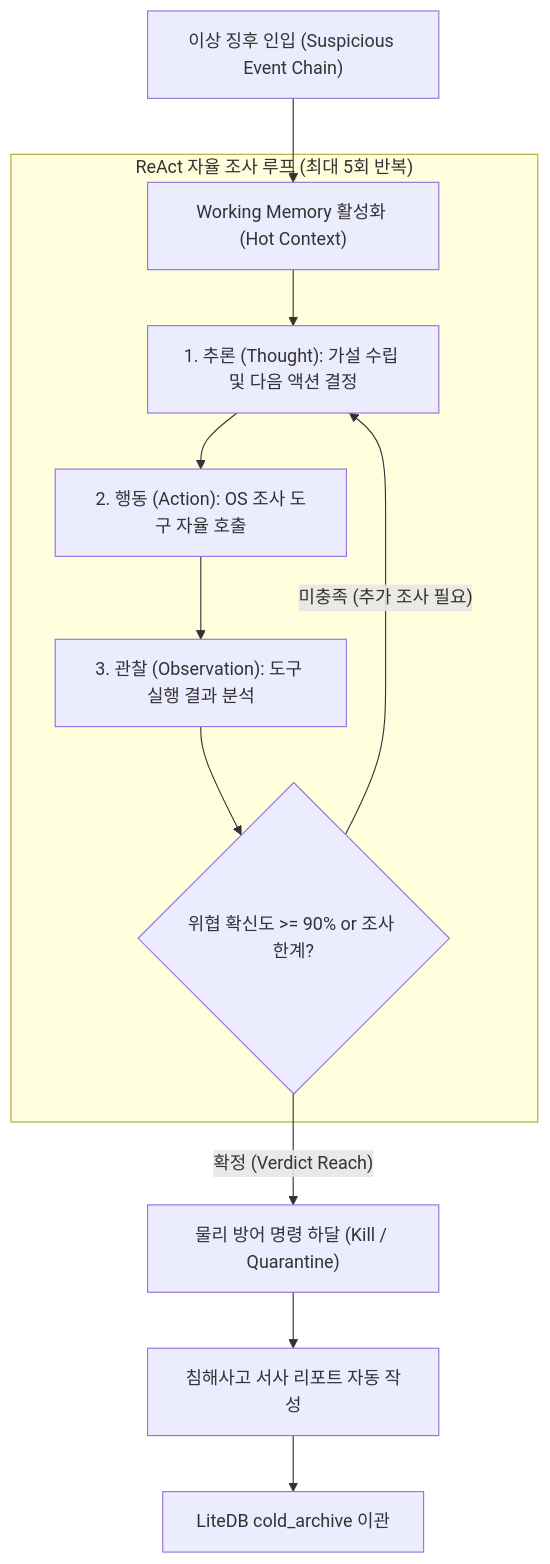
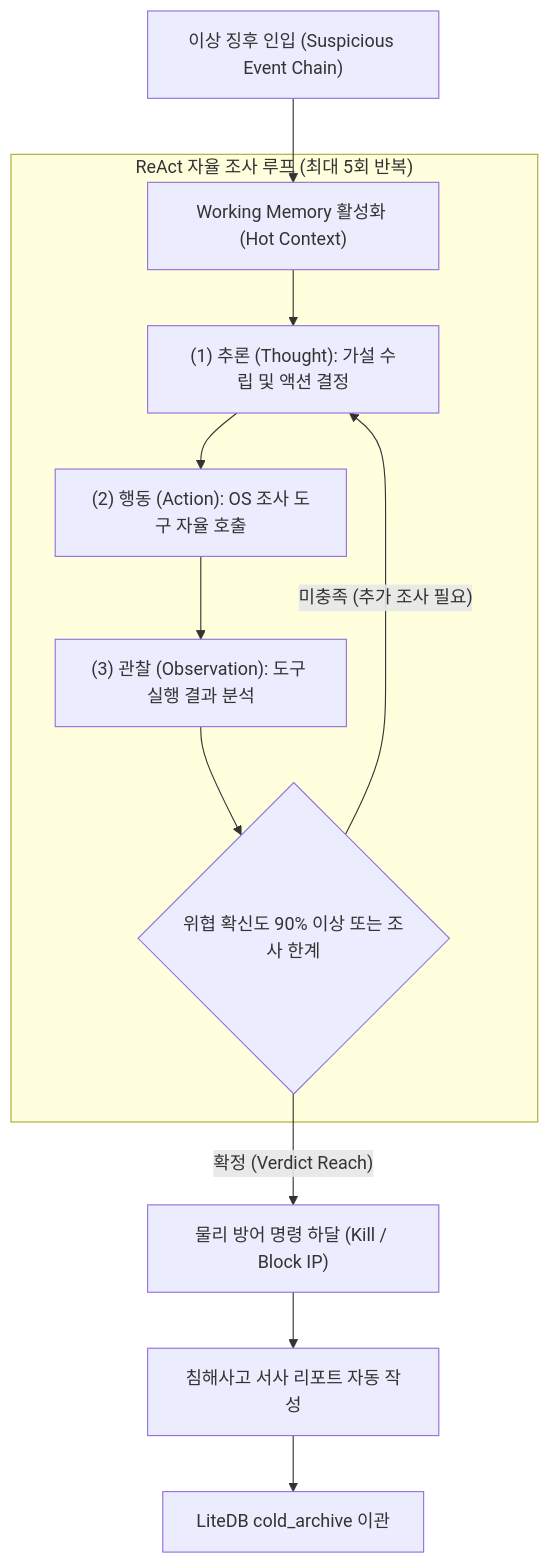
The first of 2 diagrams in Phalanx/docs/02_ai_agent_investigation_design.md (jin20203458/Obsidian.Agent), drawn with Mermaid before and after one commit. The commit also changed other lines of this file and 3 other files, not shown here.

````diff
--- a/Phalanx/docs/02_ai_agent_investigation_design.md
+++ b/Phalanx/docs/02_ai_agent_investigation_design.md
@@ -19,16 +19,16 @@
 ```mermaid
 flowchart TD
     Trigger["이상 징후 인입 (Suspicious Event Chain)"] --> Ingest["Working Memory 활성화 (Hot Context)"]
     
     subgraph REACT_LOOP ["ReAct 자율 조사 루프 (최대 5회 반복)"]
-        Ingest --> Thought["1. 추론 (Thought): 가설 수립 및 다음 액션 결정"]
-        Thought --> ToolAction["2. 행동 (Action): OS 조사 도구 자율 호출"]
-        ToolAction --> Observation["3. 관찰 (Observation): 도구 실행 결과 분석"]
-        Observation --> Decision{"위협 확신도 >= 90% or 조사 한계?"}
-        Decision -- "미충족 (추가 조사 필요)" --> Thought
+        Ingest --> Thought["(1) 추론 (Thought): 가설 수립 및 액션 결정"]
+        Thought --> ToolAction["(2) 행동 (Action): OS 조사 도구 자율 호출"]
+        ToolAction --> Observation["(3) 관찰 (Observation): 도구 실행 결과 분석"]
+        Observation --> Decision{"위협 확신도 90% 이상 또는 조사 한계"}
+        Decision -->|"미충족 (추가 조사 필요)"| Thought
     end
 
-    Decision -- "확정 (Verdict Reach)" --> Mitigation["물리 방어 명령 하달 (Kill / Quarantine)"]
+    Decision -->|"확정 (Verdict Reach)"| Mitigation["물리 방어 명령 하달 (Kill / Block IP)"]
     Mitigation --> Narrative["침해사고 서사 리포트 자동 작성"]
     Narrative --> ColdArchive["LiteDB cold_archive 이관"]
 ```
````
